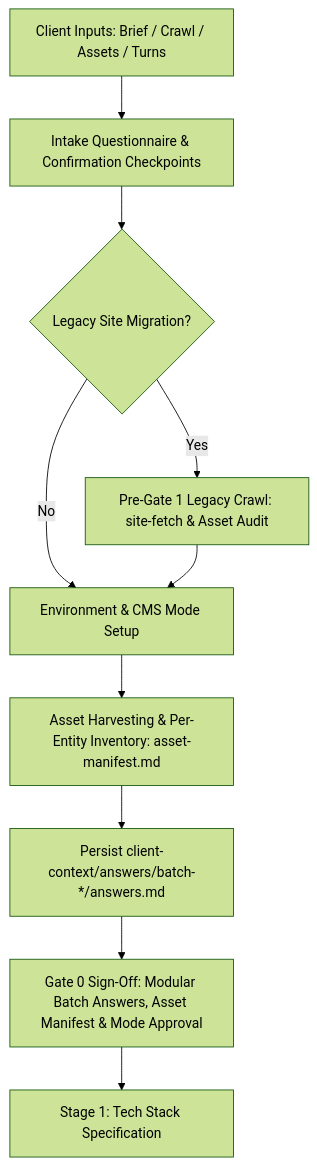
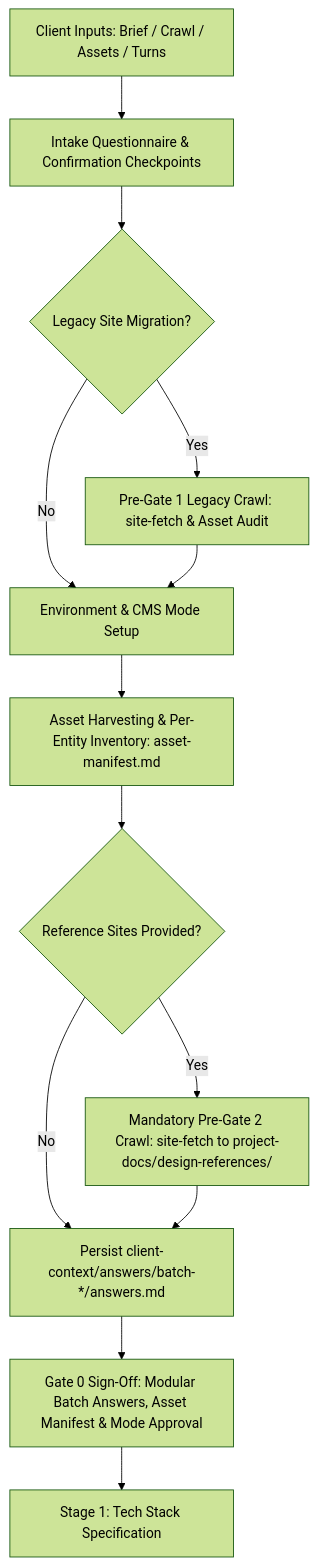
The diagram in skills/create-nww-website/references/gate-0-intake/runbook.md (devanshdeveloper/skills-by-devansh), drawn with Mermaid (forest theme) before and after one commit. The commit also changed other lines of this file and 51 other files, not shown here.

````diff
--- a/skills/create-nww-website/references/gate-0-intake/runbook.md
+++ b/skills/create-nww-website/references/gate-0-intake/runbook.md
@@ -29,12 +30,15 @@
 ```mermaid
 graph TD
     A[Client Inputs: Brief / Crawl / Assets / Turns] --> B[Intake Questionnaire & Confirmation Checkpoints]
     B --> C{Legacy Site Migration?}
     C -- Yes --> D[Pre-Gate 1 Legacy Crawl: site-fetch & Asset Audit]
     C -- No --> E[Environment & CMS Mode Setup]
     D --> E
     E --> F[Asset Harvesting & Per-Entity Inventory: asset-manifest.md]
-    F --> G[Persist client-context/answers/batch-*/answers.md]
+    F --> R{Reference Sites Provided?}
+    R -- Yes --> S[Mandatory Pre-Gate 2 Crawl: site-fetch to project-docs/design-references/]
+    R -- No --> G[Persist client-context/answers/batch-*/answers.md]
+    S --> G
     G --> H[Gate 0 Sign-Off: Modular Batch Answers, Asset Manifest & Mode Approval]
     H --> I[Stage 1: Tech Stack Specification]
 ```
````
